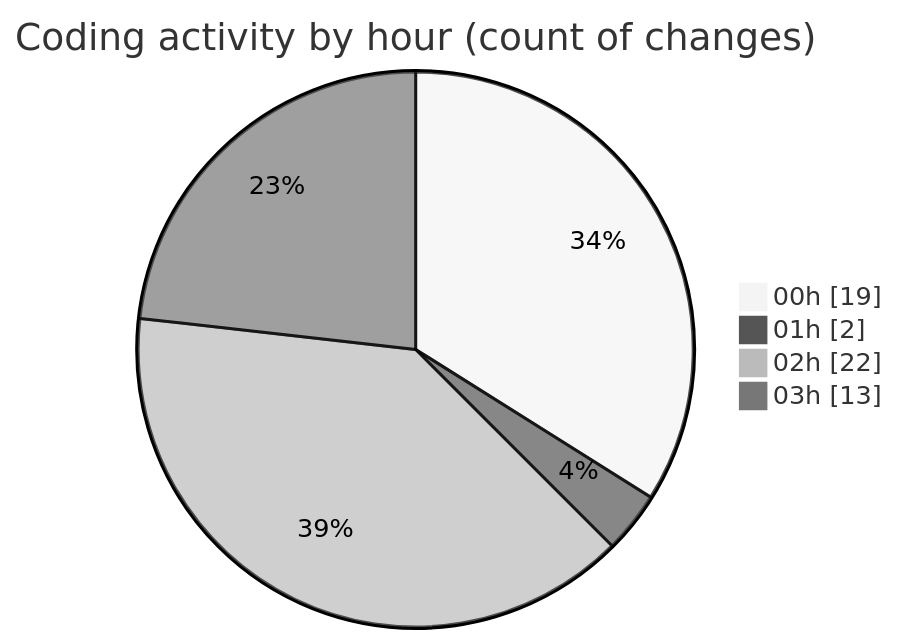
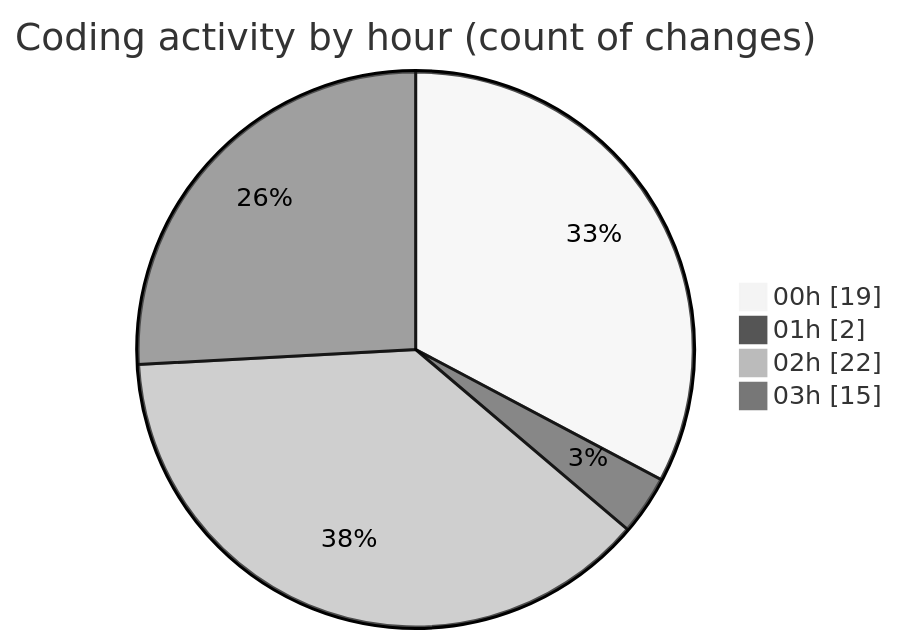
Before and after one commit to julien-gomy/code-tracking: the second of 2 diagrams in 2025-10-21/eventscop-frontend-guide__workspace_/README.md, drawn with Mermaid (neutral theme). The commit also changed other lines of this file and 1 other file, not shown here.

````diff
--- a/2025-10-21/eventscop-frontend-guide__workspace_/README.md
+++ b/2025-10-21/eventscop-frontend-guide__workspace_/README.md
@@ -45,8 +45,8 @@
 ```mermaid
 pie showData
 title Coding activity by hour (count of changes)
 "00h" : 19
 "01h" : 2
 "02h" : 22
-"03h" : 13
+"03h" : 15
 ```
````
